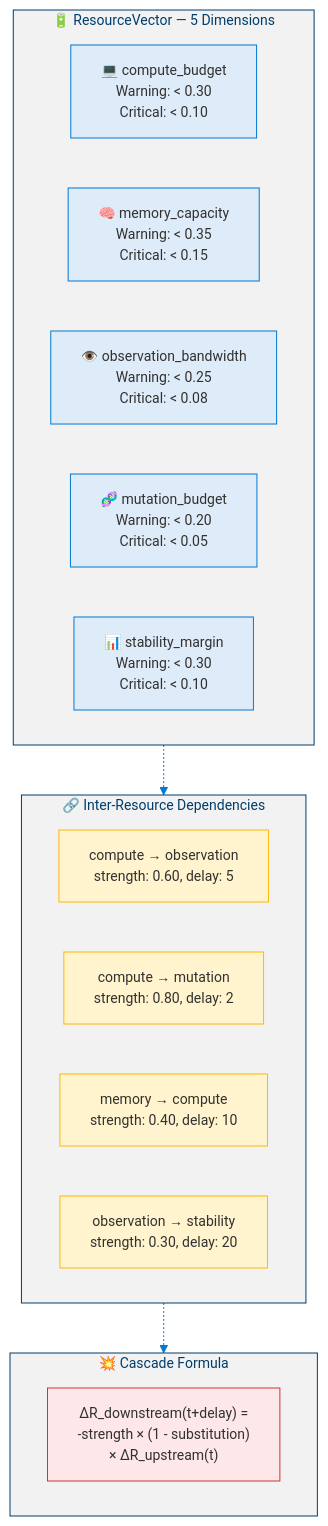
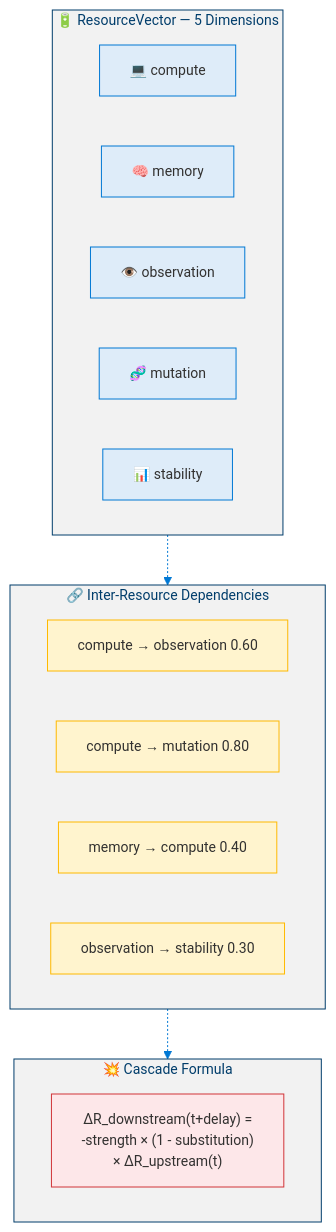
Before and after one commit to dotnetpower/mscp: the ninth of 19 diagrams in docs/levels/Level_4_9_Autonomous_Strategic_Agent.md, drawn with Mermaid. The commit also changed other lines of this file and 10 other files, not shown here.

````diff
--- a/docs/levels/Level_4_9_Autonomous_Strategic_Agent.md
+++ b/docs/levels/Level_4_9_Autonomous_Strategic_Agent.md
@@ -472,28 +480,30 @@
 ```mermaid
 %%{init: {'theme': 'base', 'themeVariables': {'primaryColor': '#0078D4', 'primaryTextColor': '#003D6B', 'primaryBorderColor': '#003D6B', 'secondaryColor': '#50E6FF', 'secondaryTextColor': '#323130', 'secondaryBorderColor': '#00BCF2', 'tertiaryColor': '#F2F2F2', 'tertiaryTextColor': '#323130', 'lineColor': '#0078D4', 'textColor': '#323130', 'mainBkg': '#DEECF9', 'nodeBorder': '#0078D4', 'clusterBkg': '#F2F2F2', 'clusterBorder': '#003D6B', 'titleColor': '#003D6B', 'edgeLabelBackground': '#FFFFFF', 'fontSize': '14px'}}}%%
 flowchart TD
   classDef dim fill:#DEECF9,stroke:#0078D4,color:#323130
   classDef dep fill:#FFF4CE,stroke:#FFB900,color:#323130
   classDef cascade fill:#FDE7E9,stroke:#D13438,color:#323130
 
   subgraph RV["🔋 ResourceVector — 5 Dimensions"]
-    R1["💻 compute_budget<br/>Warning: < 0.30<br/>Critical: < 0.10"]:::dim
-    R2["🧠 memory_capacity<br/>Warning: < 0.35<br/>Critical: < 0.15"]:::dim
-    R3["👁️ observation_bandwidth<br/>Warning: < 0.25<br/>Critical: < 0.08"]:::dim
-    R4["🧬 mutation_budget<br/>Warning: < 0.20<br/>Critical: < 0.05"]:::dim
-    R5["📊 stability_margin<br/>Warning: < 0.30<br/>Critical: < 0.10"]:::dim
+    direction LR
+    R1["💻 compute"]:::dim
+    R2["🧠 memory"]:::dim
+    R3["👁️ observation"]:::dim
+    R4["🧬 mutation"]:::dim
+    R5["📊 stability"]:::dim
   end
 
   subgraph Dependencies["🔗 Inter-Resource Dependencies"]
-    DEP1["compute → observation<br/>strength: 0.60, delay: 5"]:::dep
-    DEP2["compute → mutation<br/>strength: 0.80, delay: 2"]:::dep
-    DEP3["memory → compute<br/>strength: 0.40, delay: 10"]:::dep
-    DEP4["observation → stability<br/>strength: 0.30, delay: 20"]:::dep
+    direction LR
+    DEP1["compute → observation 0.60"]:::dep
+    DEP2["compute → mutation 0.80"]:::dep
+    DEP3["memory → compute 0.40"]:::dep
+    DEP4["observation → stability 0.30"]:::dep
   end
 
   subgraph Cascade["💥 Cascade Formula"]
     CF["ΔR_downstream(t+delay) =<br/>-strength × (1 - substitution)<br/>× ΔR_upstream(t)"]:::cascade
   end
 
   RV -.-> Dependencies -.-> Cascade
 ```
````
